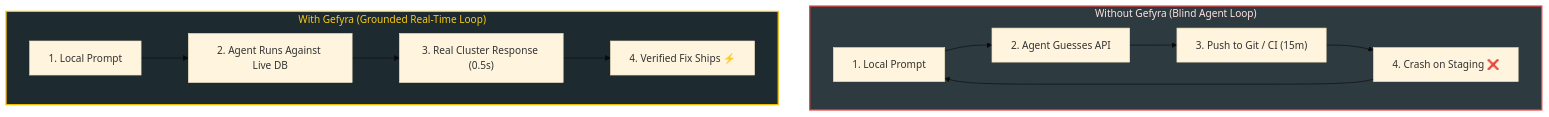
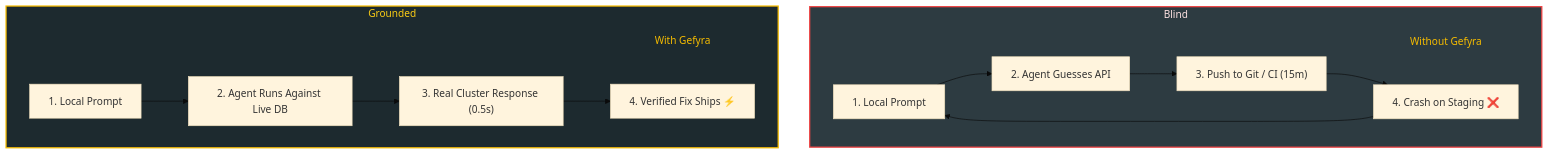
The diagram in gefyra-docs/content/en/2.ai-agents/2.agent-workflows.md (gefyrahq/gefyra), drawn with Mermaid (base theme) before and after one commit. The commit also changed 11 other files, not shown here.

Commit message:
docs(#MARKETING-1226): enhance Mermaid diagrams and typography for improved clarity and consistency across documentation

````diff
--- a/gefyra-docs/content/en/2.ai-agents/2.agent-workflows.md
+++ b/gefyra-docs/content/en/2.ai-agents/2.agent-workflows.md
@@ -25,22 +25,26 @@
 ```mermaid
 flowchart TD
-    subgraph Blind["Without Gefyra (Blind Agent Loop)"]
+    subgraph Blind
         direction LR
+        BlindTitle[["Without Gefyra"]]
         P1["1. Local Prompt"] --> P2["2. Agent Guesses API"]
         P2 --> P3["3. Push to Git / CI (15m)"]
         P3 --> P4["4. Crash on Staging ❌"]
         P4 --> P1
     end
 
-    subgraph Grounded["With Gefyra (Grounded Real-Time Loop)"]
+    subgraph Grounded
         direction LR
+        GroundedTitle[["With Gefyra"]]
         G1["1. Local Prompt"] --> G2["2. Agent Runs Against Live DB"]
         G2 --> G3["3. Real Cluster Response (0.5s)"]
         G3 --> G4["4. Verified Fix Ships ⚡"]
     end
 
+    classDef groupTitle fill:transparent,stroke:none,color:#f6bc00;
     classDef blind fill:#2d3b41,stroke:#ef4444,stroke-width:2px,color:#fee2e2;
     classDef grounded fill:#1d2a2f,stroke:#f6bc00,stroke-width:2px,color:#facc15;
+    class BlindTitle,GroundedTitle groupTitle;
     class Blind blind;
     class Grounded grounded;
 ```
````
